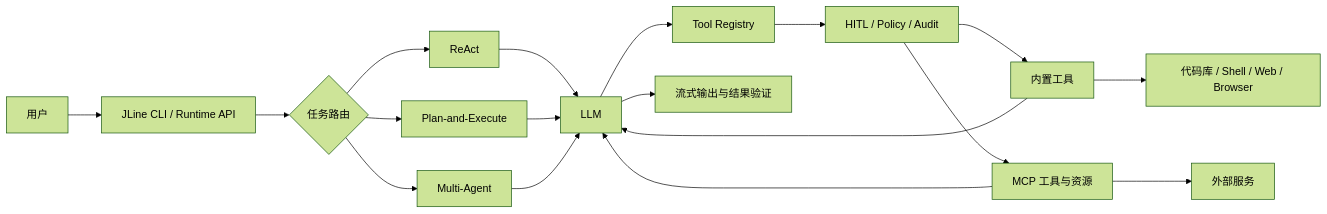
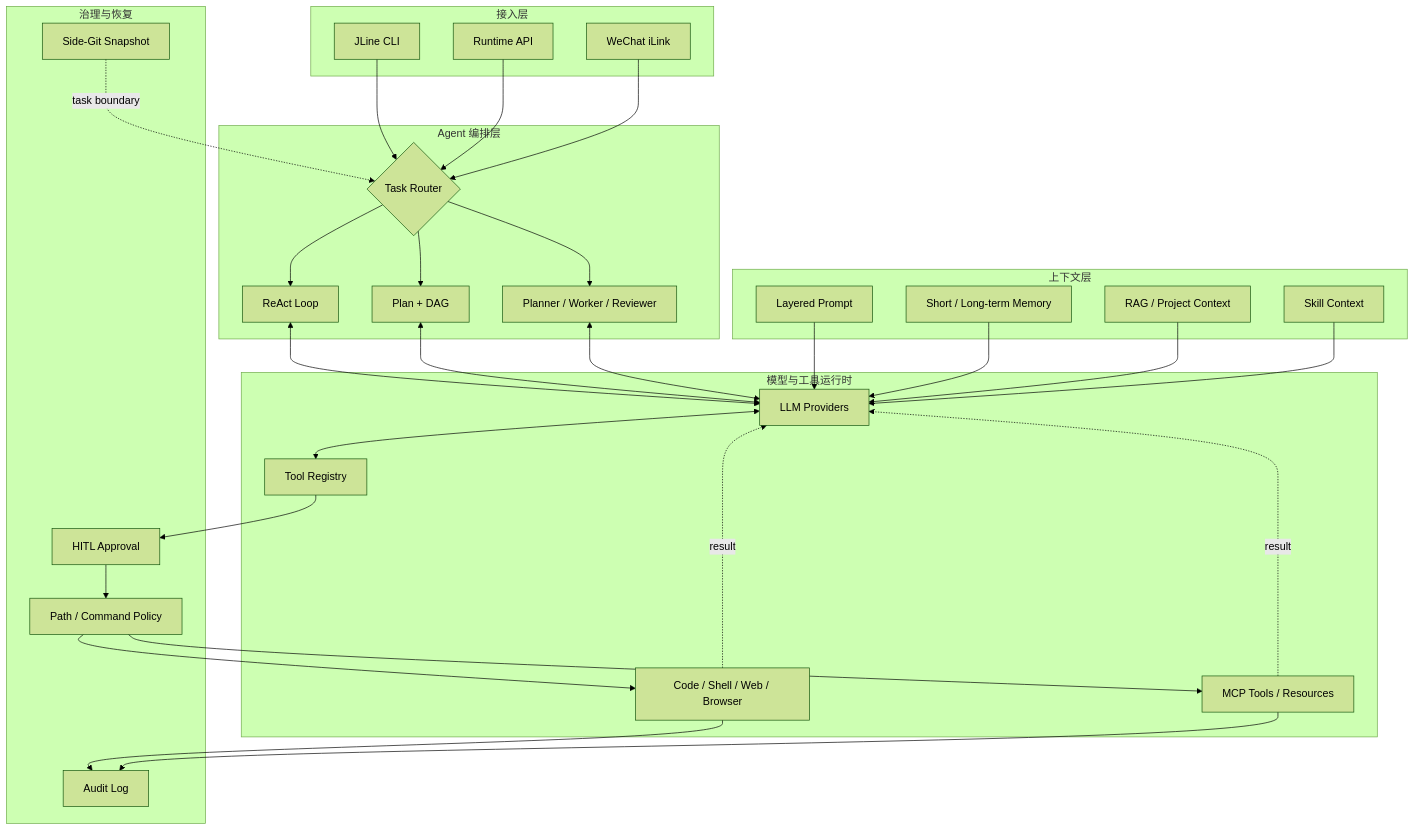
The diagram in README.md (jjhong011001/JexCode), drawn with Mermaid (forest theme) before and after one commit. The commit also changed other lines of this file, not shown here.

Commit message:
[optimize] 提升 JexCode README 技术表达 [what] 重构 README 的核心设计、分层架构、执行闭环、上下文和安全治理说明 [why] 原有内容偏功能罗列，未充分体现 Agent Runtime 的工程体系和技术深度 [how] 以能力域和架构层重新组织内容，补充模式矩阵与技术栈并逐项校验代码能力

````diff
--- a/README.md
+++ b/README.md
@@ -17,20 +22,59 @@
 ```mermaid
-flowchart LR
-    U[用户] --> CLI[JLine CLI / Runtime API]
-    CLI --> R{任务路由}
-    R --> A[ReAct]
-    R --> P[Plan-and-Execute]
-    R --> M[Multi-Agent]
-    A --> L[LLM]
-    P --> L
-    M --> L
-    L --> T[Tool Registry]
-    T --> S[HITL / Policy / Audit]
-    S --> B[内置工具]
-    S --> MCP[MCP 工具与资源]
-    B --> E[代码库 / Shell / Web / Browser]
-    MCP --> X[外部服务]
-    B --> L
-    MCP --> L
-    L --> O[流式输出与结果验证]
+flowchart TB
+    subgraph Access[接入层]
+        CLI[JLine CLI]
+        API[Runtime API]
+        WX[WeChat iLink]
+    end
+
+    subgraph Orchestration[Agent 编排层]
+        Router{Task Router}
+        ReAct[ReAct Loop]
+        Plan[Plan + DAG]
+        Team[Planner / Worker / Reviewer]
+    end
+
+    subgraph Context[上下文层]
+        Prompt[Layered Prompt]
+        Memory[Short / Long-term Memory]
+        Retrieval[RAG / Project Context]
+        Skills[Skill Context]
+    end
+
+    subgraph Runtime[模型与工具运行时]
+        LLM[LLM Providers]
+        Registry[Tool Registry]
+        Builtins[Code / Shell / Web / Browser]
+        MCP[MCP Tools / Resources]
+    end
+
+    subgraph Governance[治理与恢复]
+        HITL[HITL Approval]
+        Policy[Path / Command Policy]
+        Audit[Audit Log]
+        Snapshot[Side-Git Snapshot]
+    end
+
+    CLI --> Router
+    API --> Router
+    WX --> Router
+    Router --> ReAct
+    Router --> Plan
+    Router --> Team
+    ReAct <--> LLM
+    Plan <--> LLM
+    Team <--> LLM
+    Prompt --> LLM
+    Memory --> LLM
+    Retrieval --> LLM
+    Skills --> LLM
+    LLM <--> Registry
+    Registry --> HITL --> Policy
+    Policy --> Builtins
+    Policy --> MCP
+    Builtins --> Audit
+    MCP --> Audit
+    Builtins -. result .-> LLM
+    MCP -. result .-> LLM
+    Snapshot -. task boundary .-> Router
 ```
````
